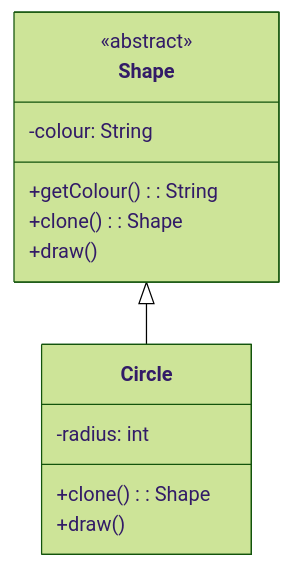
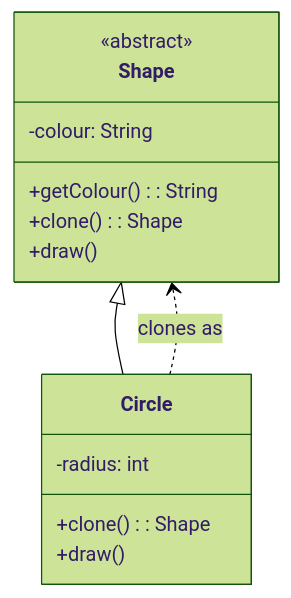
Before and after one commit to welldesignedsystem/welldesignedsystem.github.io: the fifth of 23 diagrams in content/english/blog/system_design/core_design_patterns.md, drawn with Mermaid (forest theme). The commit also changed other lines of this file and 1 other file, not shown here.

````diff
--- a/content/english/blog/system_design/core_design_patterns.md
+++ b/content/english/blog/system_design/core_design_patterns.md
@@ -392,16 +400,17 @@
 ```mermaid
 classDiagram
     class Shape {
         <<abstract>>
         -colour: String
         +getColour(): String
         +clone(): Shape
         +draw()
     }
     class Circle {
         -radius: int
         +clone(): Shape
         +draw()
     }
     Shape <|-- Circle
+    Circle ..> Shape : clones as
 ```
````
